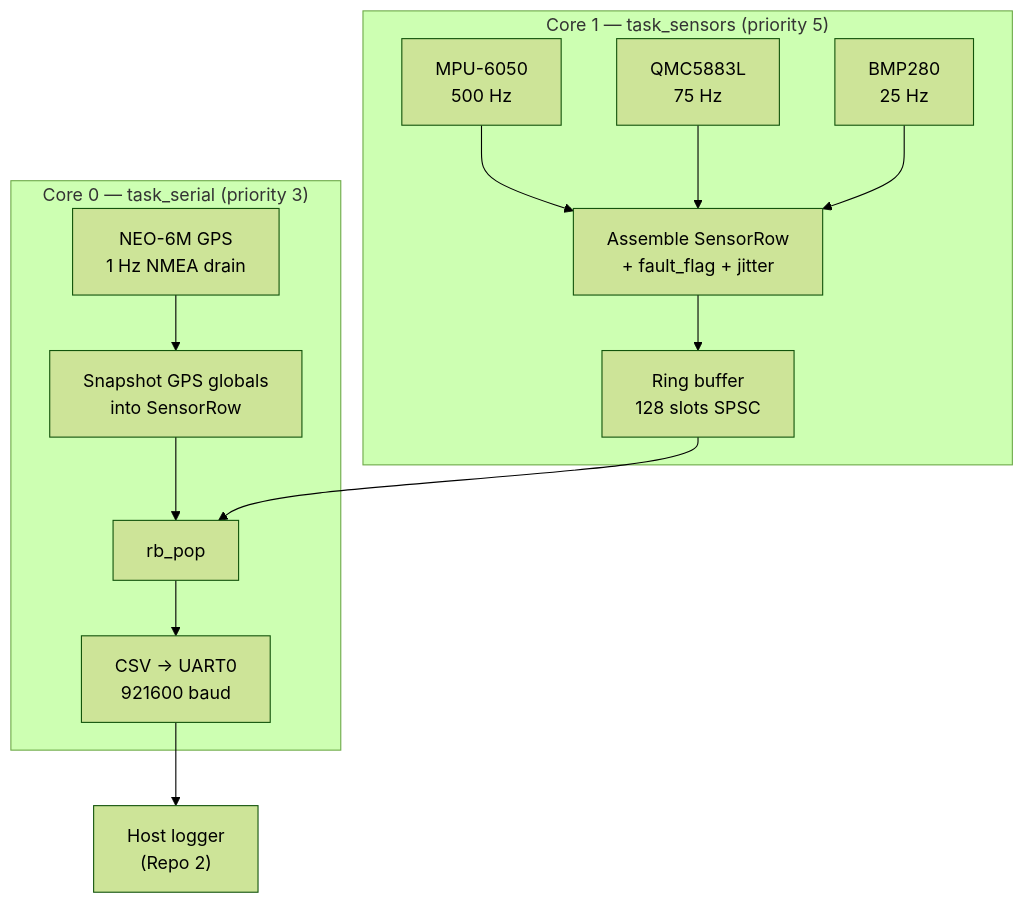
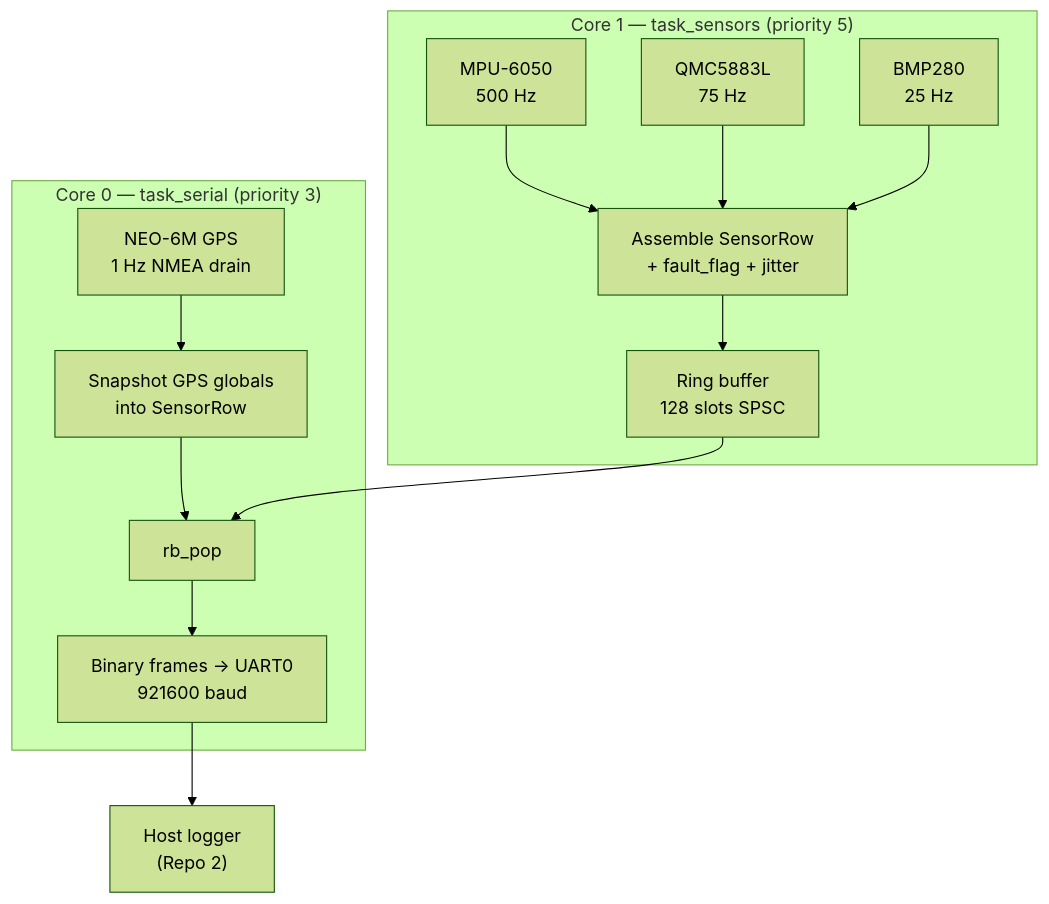
One commit to multi-sensor-navigation-system/firmware changed the first of 2 diagrams in README.md. Above: the diagram before and after it, drawn with Mermaid (forest theme). The commit also changed other lines of this file and 12 other files, not shown here.

First line of the commit message:
Replace CSV with a binary wire protocol as the default host stream

````diff
--- a/README.md
+++ b/README.md
@@ -34,27 +34,27 @@
 ```mermaid
 graph TD
     subgraph Core1["Core 1 — task_sensors (priority 5)"]
         IMU["MPU-6050\n500 Hz"]
         MAG["QMC5883L\n75 Hz"]
         BARO["BMP280\n25 Hz"]
         ROW["Assemble SensorRow\n+ fault_flag + jitter"]
         RB["Ring buffer\n128 slots SPSC"]
         IMU --> ROW
         MAG --> ROW
         BARO --> ROW
         ROW --> RB
     end
 
     subgraph Core0["Core 0 — task_serial (priority 3)"]
         GPS["NEO-6M GPS\n1 Hz NMEA drain"]
         SNAP["Snapshot GPS globals\ninto SensorRow"]
         POP["rb_pop"]
-        CSV["CSV → UART0\n921600 baud"]
+        CSV["Binary frames → UART0\n921600 baud"]
         GPS --> SNAP
         SNAP --> POP
         RB --> POP
         POP --> CSV
     end
 
     CSV --> HOST["Host logger\n(Repo 2)"]
 ```
````
